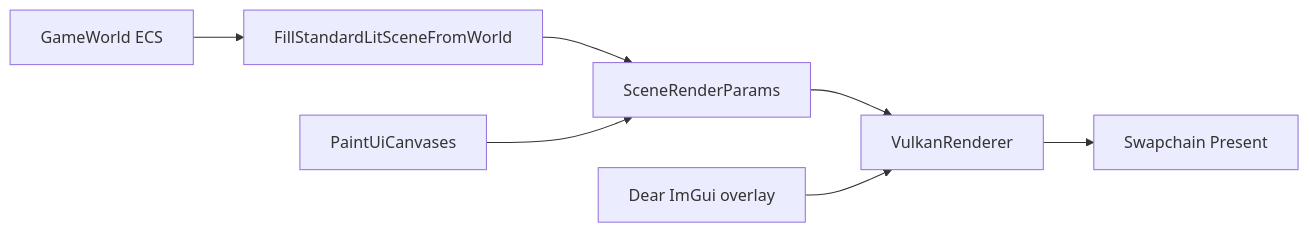
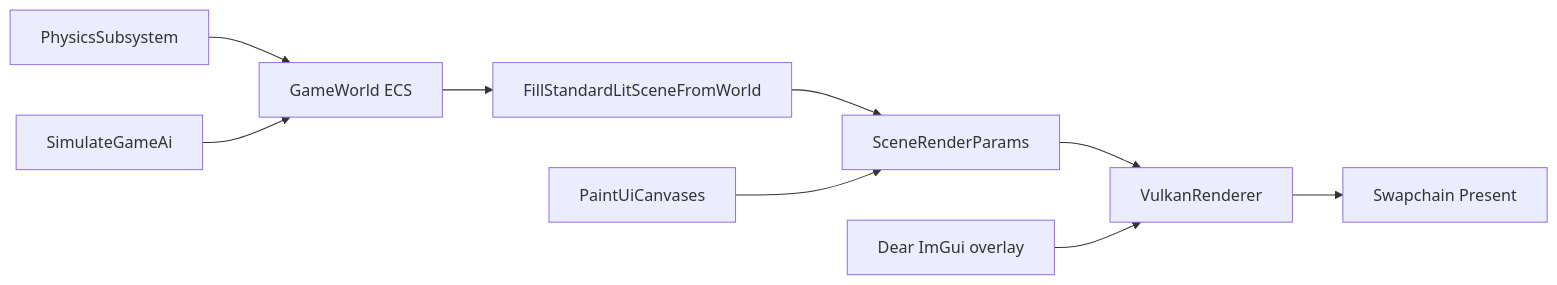
One commit to hoihky/spark changed the diagram in docs/programming-guide/1-overview-architecture/02-engine-capabilities.md. Above: the diagram before and after it, drawn with Mermaid. The commit also changed other lines of this file and 232 other files, not shown here.

````diff
--- a/docs/programming-guide/1-overview-architecture/02-engine-capabilities.md
+++ b/docs/programming-guide/1-overview-architecture/02-engine-capabilities.md
@@ -5,9 +7,11 @@
 ```mermaid
 flowchart LR
     ECS[GameWorld ECS] --> Fill[FillStandardLitSceneFromWorld]
     Fill --> SRP[SceneRenderParams]
+    PHY[PhysicsSubsystem] --> ECS
+    AI[SimulateGameAi] --> ECS
     GUI[PaintUiCanvases] --> SRP
     SRP --> VK[VulkanRenderer]
     IMGUI[Dear ImGui overlay] --> VK
     VK --> Present[Swapchain Present]
 ```
````
